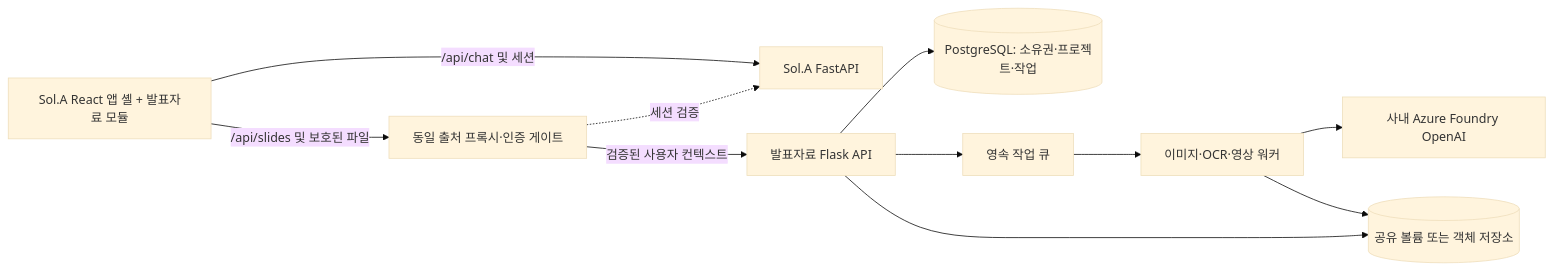
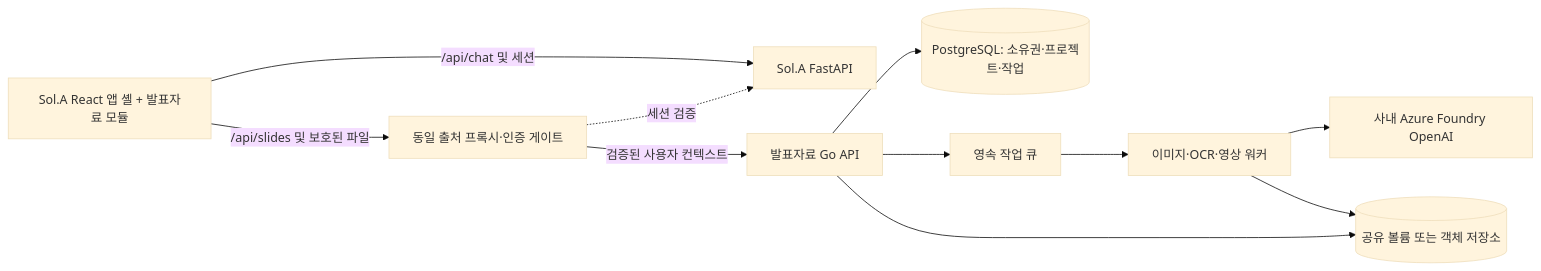
Before and after one commit to Jungwoo-Ryu/banana-slides: the diagram in sola-integration.md, drawn with Mermaid (base theme). The commit also changed other lines of this file and 429 other files, not shown here.

````diff
--- a/sola-integration.md
+++ b/sola-integration.md
@@ -13,13 +13,13 @@
 ```mermaid
 flowchart LR
     UI[Sol.A React 앱 셸 + 발표자료 모듈] -->|/api/chat 및 세션| SOL[Sol.A FastAPI]
     UI -->|/api/slides 및 보호된 파일| GW[동일 출처 프록시·인증 게이트]
-    GW -->|검증된 사용자 컨텍스트| API[발표자료 Flask API]
+    GW -->|검증된 사용자 컨텍스트| API[발표자료 Go API]
     GW -. 세션 검증 .-> SOL
     API --> DB[(PostgreSQL: 소유권·프로젝트·작업)]
     API --> Q[영속 작업 큐]
     Q --> WORKER[이미지·OCR·영상 워커]
     WORKER --> AZ[사내 Azure Foundry OpenAI]
     WORKER --> FILE[(공유 볼륨 또는 객체 저장소)]
     API --> FILE
 ```
````
